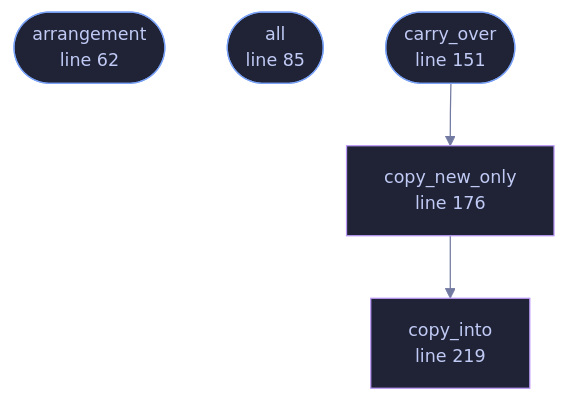
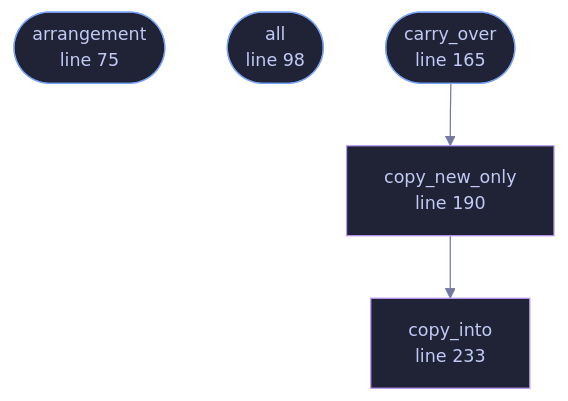
One commit to tilas01/veilvoice changed the diagram in docs/files/veilvoice-gui/paths.md. Above: the diagram before and after it, drawn with Mermaid. The commit also changed other lines of this file and 44 other files, not shown here.

````diff
--- a/docs/files/veilvoice-gui/paths.md
+++ b/docs/files/veilvoice-gui/paths.md
@@ -97,20 +111,20 @@
 ```mermaid
 %%{init: {"theme":"base","themeVariables":{"background":"#1a1b26","primaryColor":"#1f2335","primaryTextColor":"#c0caf5","primaryBorderColor":"#7aa2f7","secondaryColor":"#16161e","tertiaryColor":"#16161e","lineColor":"#737aa2","textColor":"#c0caf5","mainBkg":"#1f2335","nodeBorder":"#7aa2f7","clusterBkg":"#16161e","clusterBorder":"#2f3549","fontFamily":"ui-monospace, SFMono-Regular, Consolas, monospace","fontSize":"14px"}}}%%
 flowchart TD
-    n_arrangement(["arrangement<br/>line 62"])
-    n_all(["all<br/>line 85"])
-    n_carry_over(["carry_over<br/>line 151"])
-    n_copy_new_only["copy_new_only<br/>line 176"]
-    n_copy_into["copy_into<br/>line 219"]
+    n_arrangement(["arrangement<br/>line 75"])
+    n_all(["all<br/>line 98"])
+    n_carry_over(["carry_over<br/>line 165"])
+    n_copy_new_only["copy_new_only<br/>line 190"]
+    n_copy_into["copy_into<br/>line 233"]
     n_carry_over --> n_copy_new_only
     n_copy_new_only --> n_copy_into
-    click n_arrangement href "https://github.com/tilas01/veilvoice/blob/main/crates/veilvoice-gui/src/paths.rs#L62" "open the source"
-    click n_all href "https://github.com/tilas01/veilvoice/blob/main/crates/veilvoice-gui/src/paths.rs#L85" "open the source"
-    click n_carry_over href "https://github.com/tilas01/veilvoice/blob/main/crates/veilvoice-gui/src/paths.rs#L151" "open the source"
-    click n_copy_new_only href "https://github.com/tilas01/veilvoice/blob/main/crates/veilvoice-gui/src/paths.rs#L176" "open the source"
-    click n_copy_into href "https://github.com/tilas01/veilvoice/blob/main/crates/veilvoice-gui/src/paths.rs#L219" "open the source"
+    click n_arrangement href "https://github.com/tilas01/veilvoice/blob/main/crates/veilvoice-gui/src/paths.rs#L75" "open the source"
+    click n_all href "https://github.com/tilas01/veilvoice/blob/main/crates/veilvoice-gui/src/paths.rs#L98" "open the source"
+    click n_carry_over href "https://github.com/tilas01/veilvoice/blob/main/crates/veilvoice-gui/src/paths.rs#L165" "open the source"
+    click n_copy_new_only href "https://github.com/tilas01/veilvoice/blob/main/crates/veilvoice-gui/src/paths.rs#L190" "open the source"
+    click n_copy_into href "https://github.com/tilas01/veilvoice/blob/main/crates/veilvoice-gui/src/paths.rs#L233" "open the source"
     classDef entry fill:#1f2335,stroke:#7aa2f7,color:#c0caf5
     class n_arrangement,n_all,n_carry_over entry
     classDef helper fill:#1f2335,stroke:#bb9af7,color:#c0caf5
     class n_copy_new_only,n_copy_into helper
 ```
````
